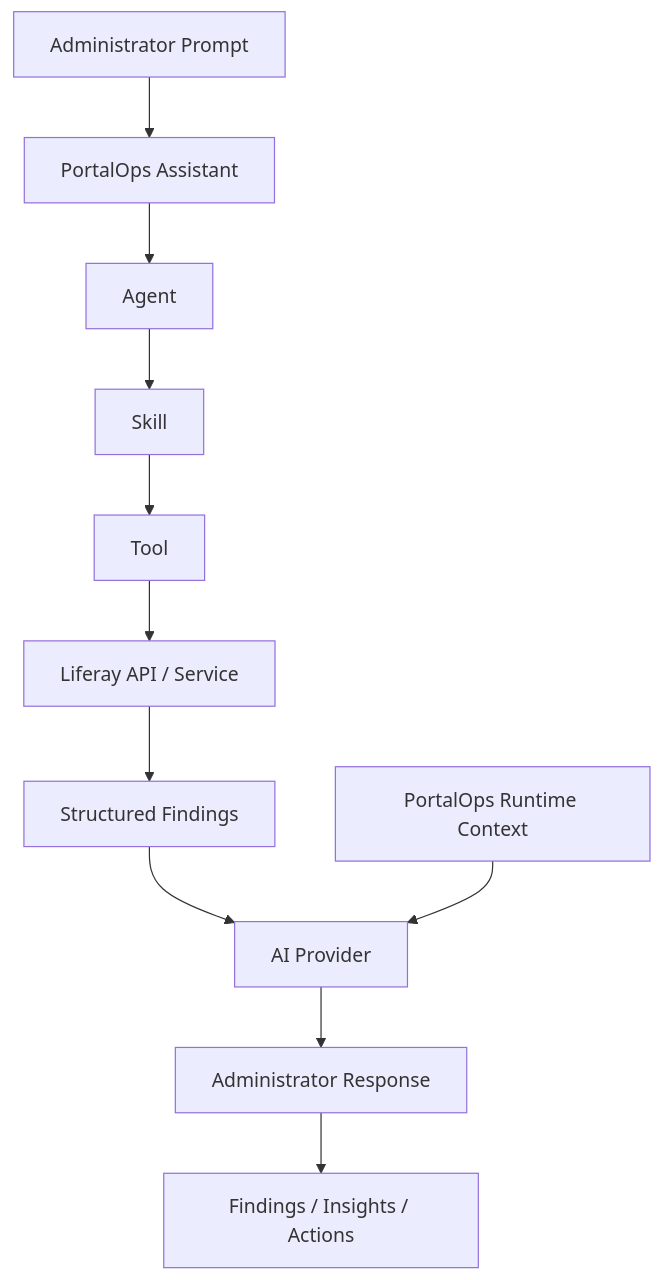
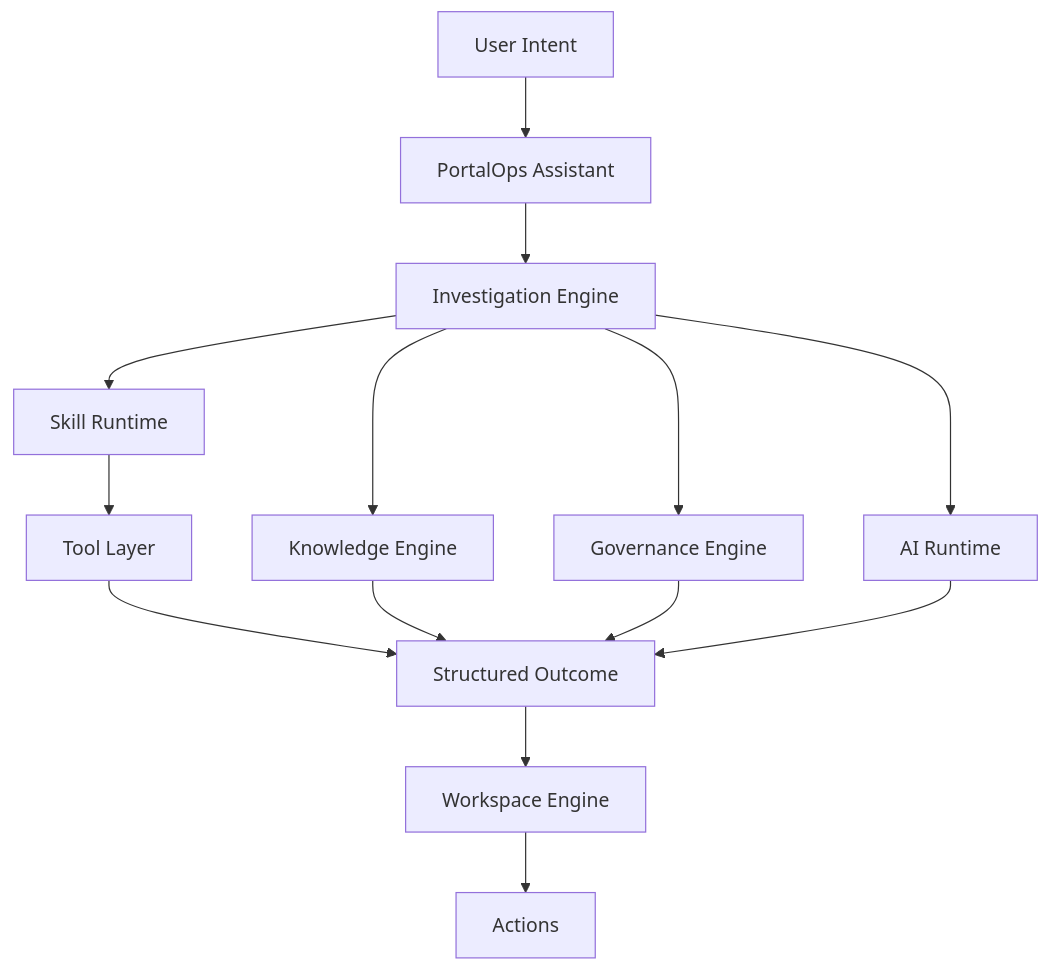
The diagram in README.md (dcfrancisco/portalops-ai), drawn with Mermaid before and after one commit. The commit also changed other lines of this file, not shown here.

Commit message:
feat: Revise README to clarify PortalOps as an AI-native operational intelligence platform

````diff
--- a/README.md
+++ b/README.md
@@ -94,25 +96,28 @@
 ```mermaid
 flowchart TD
-    A["Administrator Prompt"]
-    B["PortalOps Assistant"]
-    C["Agent"]
-    D["Skill"]
-    E["Tool"]
-    F["Liferay API / Service"]
-    G["Structured Findings"]
-    H["PortalOps Runtime Context"]
-    I["AI Provider"]
-    J["Administrator Response"]
-    K["Findings / Insights / Actions"]
+    Intent["User Intent"]
+    Assistant["PortalOps Assistant"]
+    Investigation["Investigation Engine"]
+    Skills["Skill Runtime"]
+    Tools["Tool Layer"]
+    Knowledge["Knowledge Engine"]
+    Governance["Governance Engine"]
+    AI["AI Runtime"]
+    Outcome["Structured Outcome"]
+    Workspace["Workspace Engine"]
+    Actions["Actions"]
 
-    A --> B
-    B --> C
-    C --> D
-    D --> E
-    E --> F
-    F --> G
-    G --> I
-    H --> I
-    I --> J
-    J --> K
+    Intent --> Assistant
+    Assistant --> Investigation
+    Investigation --> Skills
+    Skills --> Tools
+    Investigation --> Knowledge
+    Investigation --> Governance
+    Investigation --> AI
+    Tools --> Outcome
+    Knowledge --> Outcome
+    Governance --> Outcome
+    AI --> Outcome
+    Outcome --> Workspace
+    Workspace --> Actions
 ```
````
